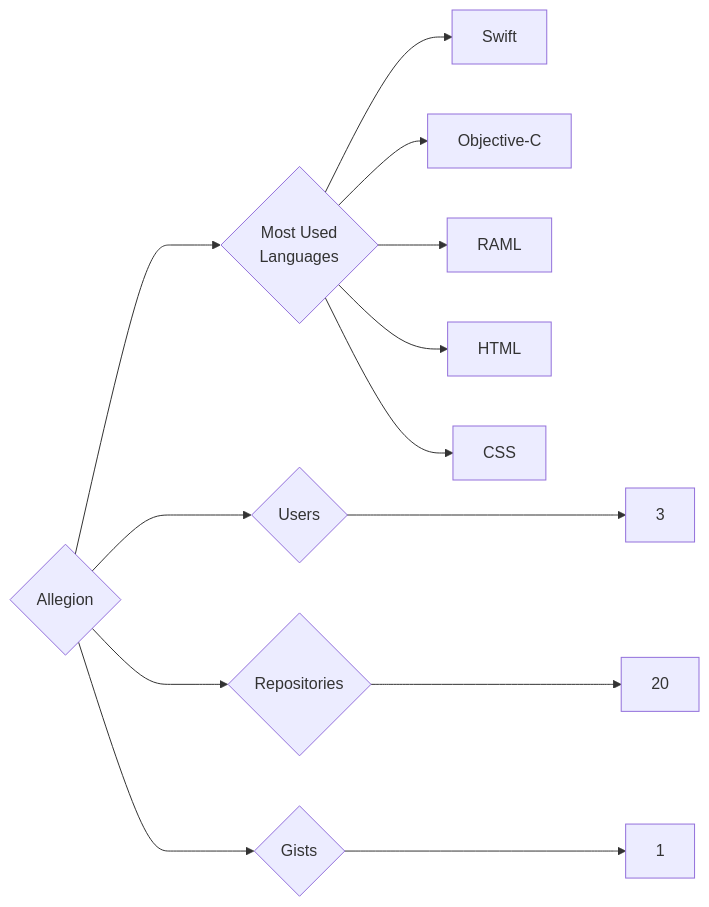
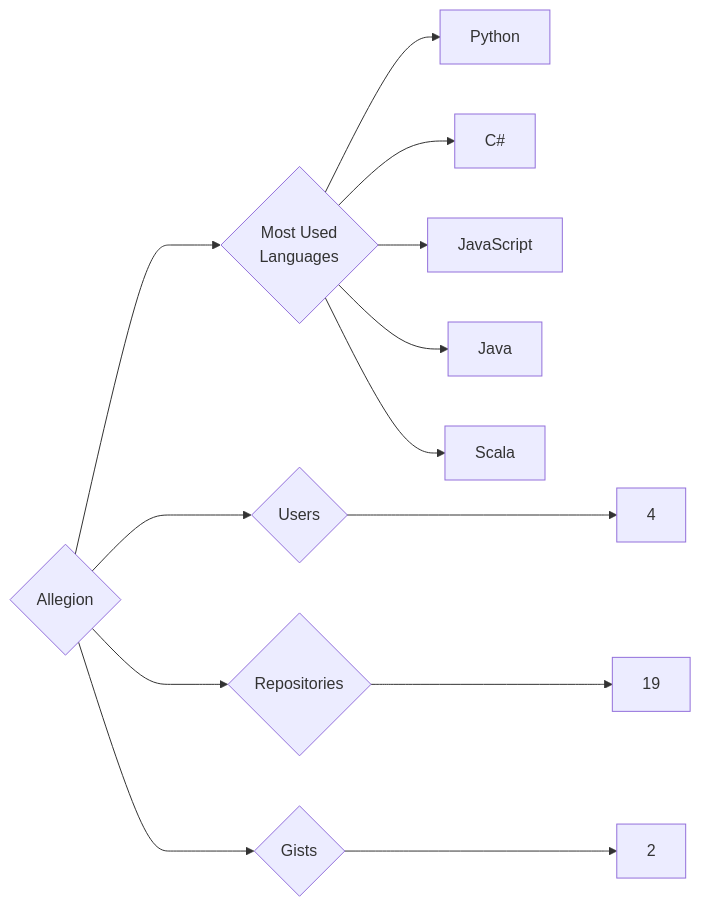
The diagram in targets/Allegion/README.md (trickest/insiders), drawn with Mermaid before and after one commit. The commit also changed 1120 other files, not shown here.

````diff
--- a/targets/Allegion/README.md
+++ b/targets/Allegion/README.md
@@ -3,13 +3,13 @@
 ```mermaid
 graph LR
 COMPANY_NAME{Allegion}
-COMPANY_NAME ---> U{Users} ---> UN[3]
-COMPANY_NAME ---> R{Repositories} ---> RN[20]
-COMPANY_NAME ---> G{Gists} ---> GN[1]
+COMPANY_NAME ---> U{Users} ---> UN[4]
+COMPANY_NAME ---> R{Repositories} ---> RN[19]
+COMPANY_NAME ---> G{Gists} ---> GN[2]
 COMPANY_NAME ---> ML{Most Used<br>Languages}
-ML --> Swift[Swift]
-ML --> Objective-C[Objective-C]
-ML --> RAML[RAML]
-ML --> HTML[HTML]
-ML --> CSS[CSS]
+ML --> Python[Python]
+ML --> C#[C#]
+ML --> JavaScript[JavaScript]
+ML --> Java[Java]
+ML --> Scala[Scala]
 ```
````
